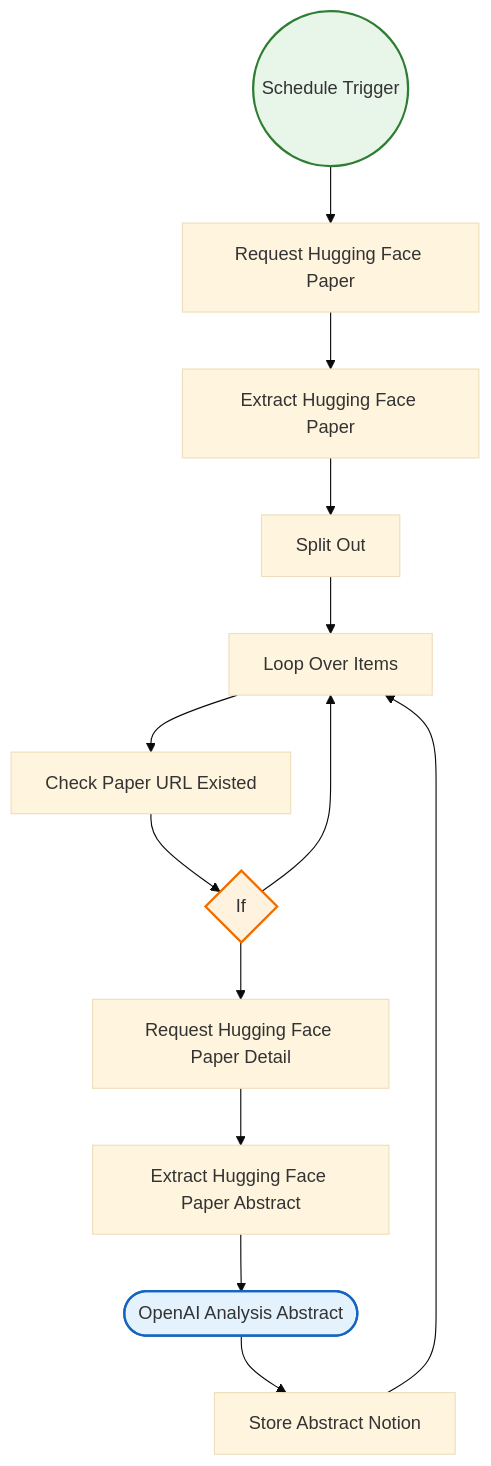
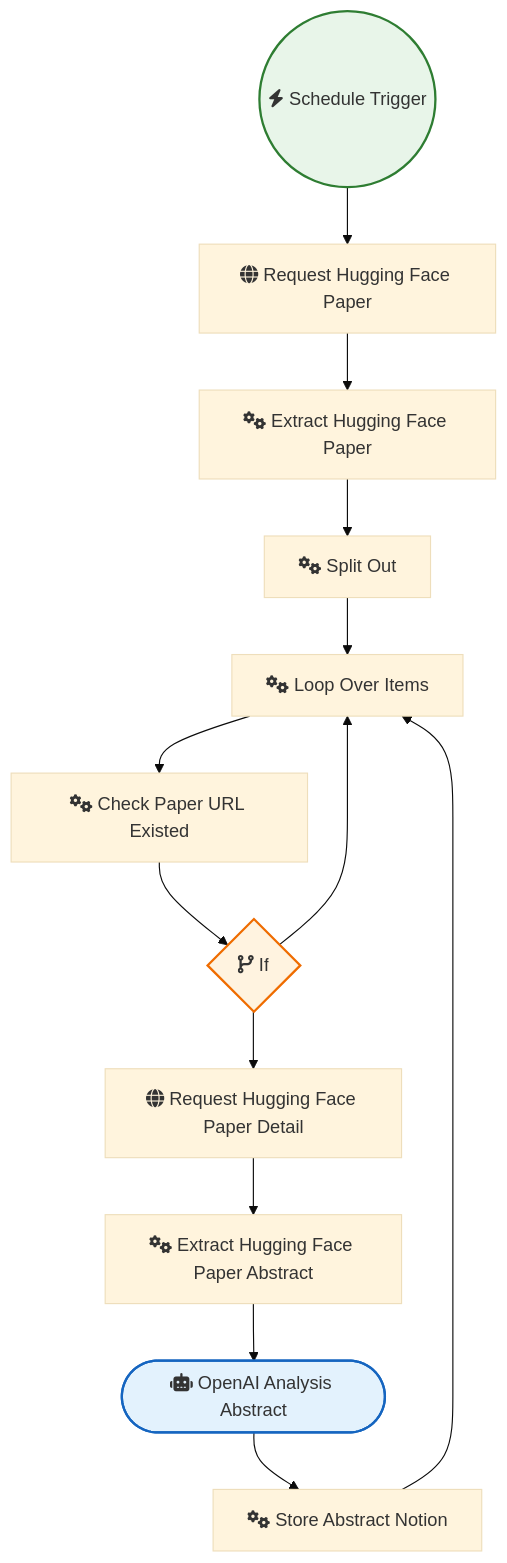
Before and after one commit to sreyash3105/N8N-DEMO-AUTOMATIONS: the diagram in Notion/Hugging Face to Notion.md, drawn with Mermaid (base theme). The commit also changed 291 other files, not shown here.

````diff
--- a/Notion/Hugging Face to Notion.md
+++ b/Notion/Hugging Face to Notion.md
@@ -1,31 +1,31 @@
 ```mermaid
 graph TD
     classDef trigger fill:#e8f5e9,stroke:#2e7d32,stroke-width:2px;
     classDef ai fill:#e3f2fd,stroke:#1565c0,stroke-width:2px;
     classDef logic fill:#fff3e0,stroke:#ef6c00,stroke-width:2px;
 
-    Schedule_Trigger(("Schedule Trigger")):::trigger
-    If{"If"}:::logic
-    Loop_Over_Items["Loop Over Items"]
-    Split_Out["Split Out"]
-    Request_Hugging_Face_Paper["Request Hugging Face Paper"]
-    Extract_Hugging_Face_Paper["Extract Hugging Face Paper"]
-    Check_Paper_URL_Existed["Check Paper URL Existed"]
-    Request_Hugging_Face_Paper_Detail["Request Hugging Face Paper Detail"]
-    OpenAI_Analysis_Abstract(["OpenAI Analysis Abstract"]):::ai
-    Store_Abstract_Notion["Store Abstract Notion"]
-    Extract_Hugging_Face_Paper_Abstract["Extract Hugging Face Paper Abstract"]
+    Schedule_Trigger(("fas:fa-bolt Schedule Trigger")):::trigger
+    If{"fas:fa-code-branch If"}:::logic
+    Loop_Over_Items["fas:fa-cogs Loop Over Items"]
+    Split_Out["fas:fa-cogs Split Out"]
+    Request_Hugging_Face_Paper["fas:fa-globe Request Hugging Face Paper"]
+    Extract_Hugging_Face_Paper["fas:fa-cogs Extract Hugging Face Paper"]
+    Check_Paper_URL_Existed["fas:fa-cogs Check Paper URL Existed"]
+    Request_Hugging_Face_Paper_Detail["fas:fa-globe Request Hugging Face Paper Detail"]
+    OpenAI_Analysis_Abstract(["fas:fa-robot OpenAI Analysis Abstract"]):::ai
+    Store_Abstract_Notion["fas:fa-cogs Store Abstract Notion"]
+    Extract_Hugging_Face_Paper_Abstract["fas:fa-cogs Extract Hugging Face Paper Abstract"]
 
     If --> Request_Hugging_Face_Paper_Detail
     If --> Loop_Over_Items
     Split_Out --> Loop_Over_Items
     Loop_Over_Items --> Check_Paper_URL_Existed
     Schedule_Trigger --> Request_Hugging_Face_Paper
     Store_Abstract_Notion --> Loop_Over_Items
     Check_Paper_URL_Existed --> If
     OpenAI_Analysis_Abstract --> Store_Abstract_Notion
     Extract_Hugging_Face_Paper --> Split_Out
     Request_Hugging_Face_Paper --> Extract_Hugging_Face_Paper
     Request_Hugging_Face_Paper_Detail --> Extract_Hugging_Face_Paper_Abstract
     Extract_Hugging_Face_Paper_Abstract --> OpenAI_Analysis_Abstract
 ```
````
